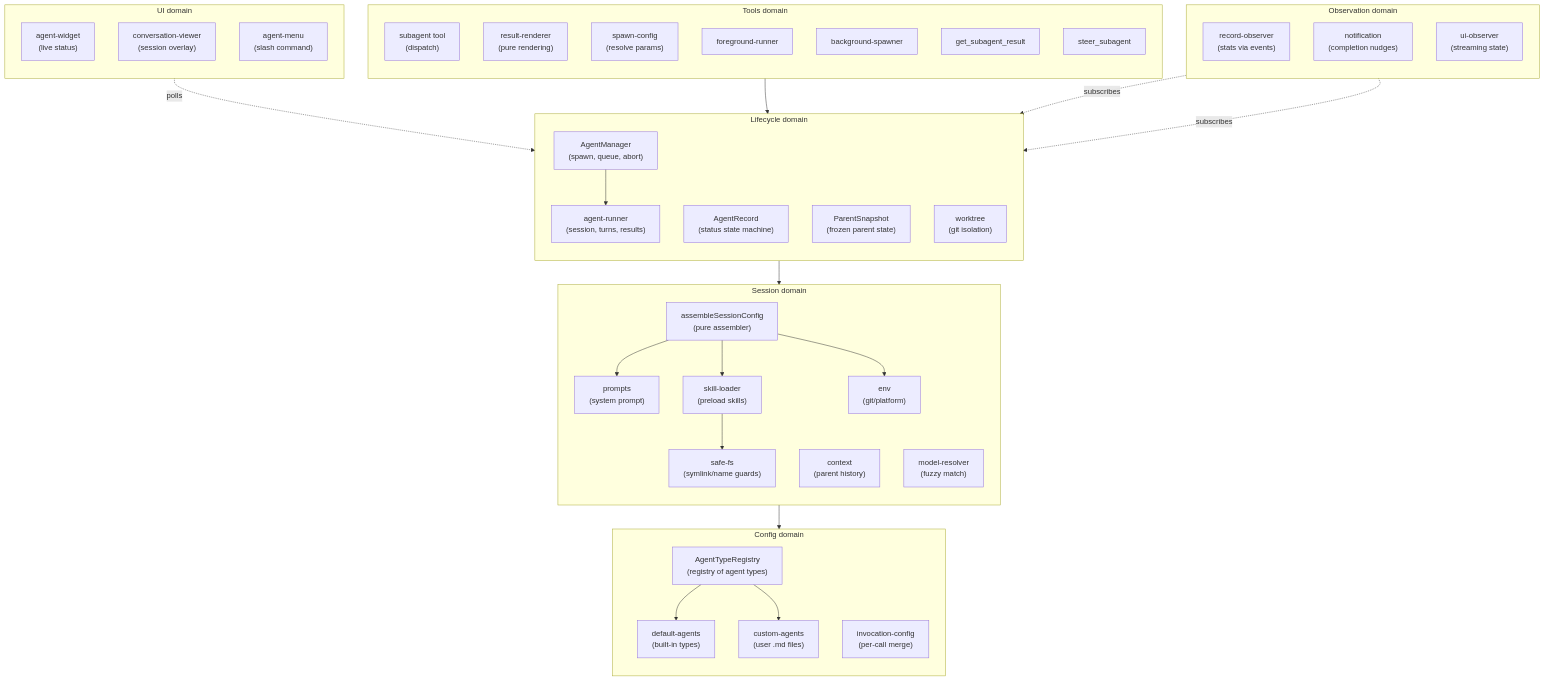
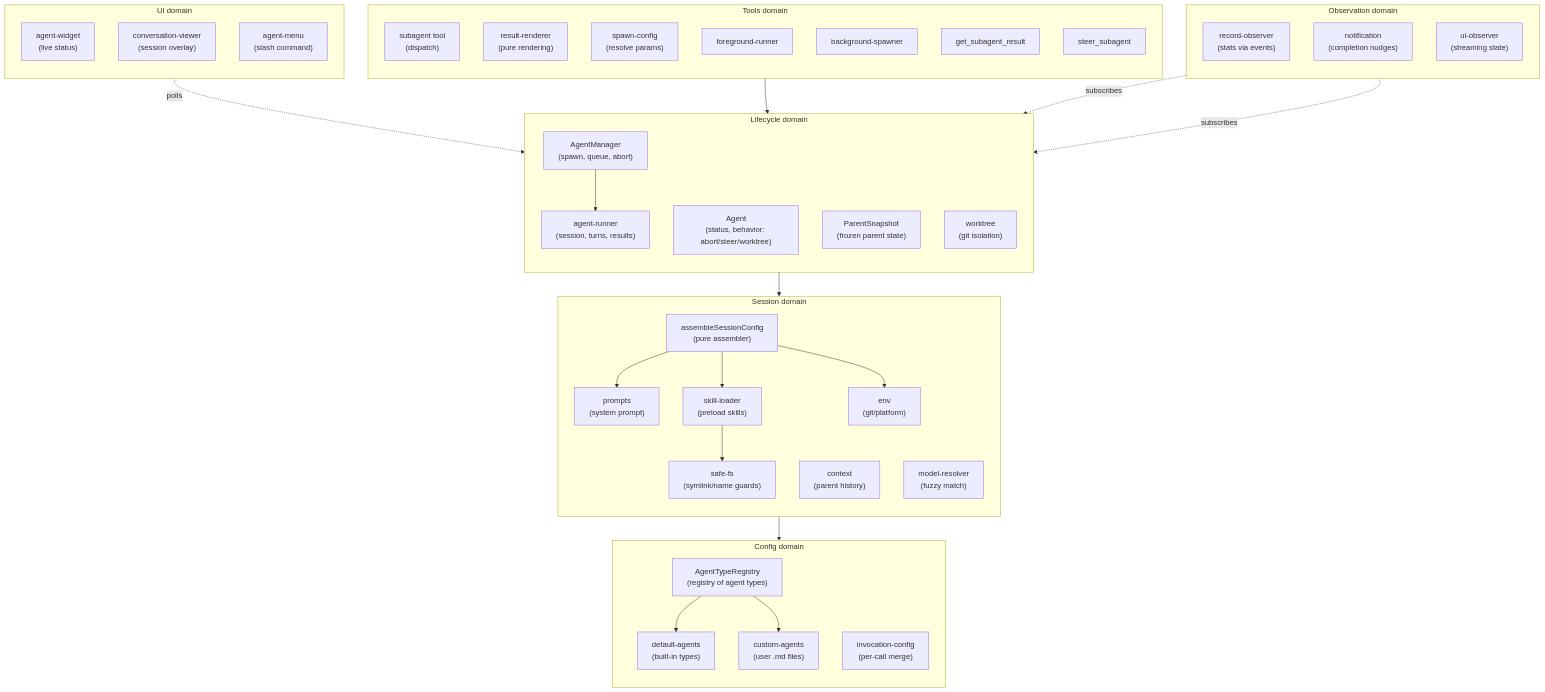
The first of 6 diagrams in docs/architecture/architecture.md (ttdua/pi-subagents), drawn with Mermaid before and after one commit. The commit also changed other lines of this file and 1 other file, not shown here.

Commit message:
docs(pi-subagents): update architecture for Agent rename (#227)

````diff
--- a/docs/architecture/architecture.md
+++ b/docs/architecture/architecture.md
@@ -33,66 +33,66 @@
 ```mermaid
 flowchart TB
     subgraph config["Config domain"]
         direction TB
         AgentTypeRegistry["AgentTypeRegistry<br/>(registry of agent types)"]
         DefaultAgents["default-agents<br/>(built-in types)"]
         CustomAgents["custom-agents<br/>(user .md files)"]
         InvocationConfig["invocation-config<br/>(per-call merge)"]
     end
 
     subgraph session["Session domain"]
         direction TB
         SessionConfig["assembleSessionConfig<br/>(pure assembler)"]
         Prompts["prompts<br/>(system prompt)"]
         Context["context<br/>(parent history)"]
         SafeFs["safe-fs<br/>(symlink/name guards)"]
         SkillLoader["skill-loader<br/>(preload skills)"]
         Env["env<br/>(git/platform)"]
         ModelResolver["model-resolver<br/>(fuzzy match)"]
     end
 
     subgraph lifecycle["Lifecycle domain"]
         direction TB
         AgentManager["AgentManager<br/>(spawn, queue, abort)"]
         AgentRunner["agent-runner<br/>(session, turns, results)"]
-        AgentRecord["AgentRecord<br/>(status state machine)"]
+        AgentRecord["Agent<br/>(status, behavior: abort/steer/worktree)"]
         ParentSnapshot["ParentSnapshot<br/>(frozen parent state)"]
         Worktree["worktree<br/>(git isolation)"]
     end
 
     subgraph observation["Observation domain"]
         direction TB
         RecordObserver["record-observer<br/>(stats via events)"]
         Notification["notification<br/>(completion nudges)"]
         UIObserver["ui-observer<br/>(streaming state)"]
     end
 
     subgraph tools["Tools domain"]
         direction TB
         AgentTool["subagent tool<br/>(dispatch)"]
         ResultRenderer["result-renderer<br/>(pure rendering)"]
         SpawnConfig["spawn-config<br/>(resolve params)"]
         FgRunner["foreground-runner"]
         BgSpawner["background-spawner"]
         GetResult["get_subagent_result"]
         Steer["steer_subagent"]
     end
 
     subgraph ui["UI domain"]
         direction TB
         Widget["agent-widget<br/>(live status)"]
         ConvViewer["conversation-viewer<br/>(session overlay)"]
         Menu["agent-menu<br/>(slash command)"]
     end
 
     AgentTool --> AgentManager
     AgentManager --> AgentRunner
     AgentRunner --> SessionConfig
     SessionConfig --> AgentTypeRegistry
     SessionConfig --> Prompts & SkillLoader & Env
     SkillLoader --> SafeFs
     AgentTypeRegistry --> DefaultAgents & CustomAgents
     RecordObserver -.->|subscribes| AgentRunner
     UIObserver -.->|subscribes| AgentRunner
     Widget -.->|polls| AgentManager
 ```
````
